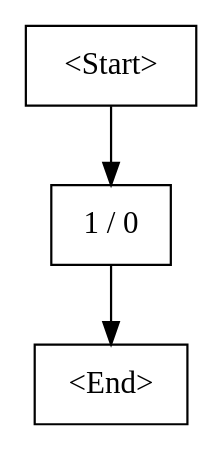
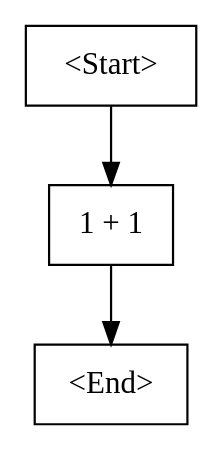
The diagram in src/epsilon.Program/bin/Debug/net9.0/cfg.dot (Sihuai2412/Epsilon), drawn with Graphviz before and after one commit. The commit also changed 64 other files, not shown here.

```diff
--- a/src/epsilon.Program/bin/Debug/net9.0/cfg.dot
+++ b/src/epsilon.Program/bin/Debug/net9.0/cfg.dot
@@ -1,7 +1,7 @@
 digraph G {
     N0 [label = "<Start>", shape = box]
-    N1 [label = "1 / 0", shape = box]
+    N1 [label = "1 + 1", shape = box]
     N2 [label = "<End>", shape = box]
     N0 -> N1 [label = ""]
     N1 -> N2 [label = ""]
 }
```
